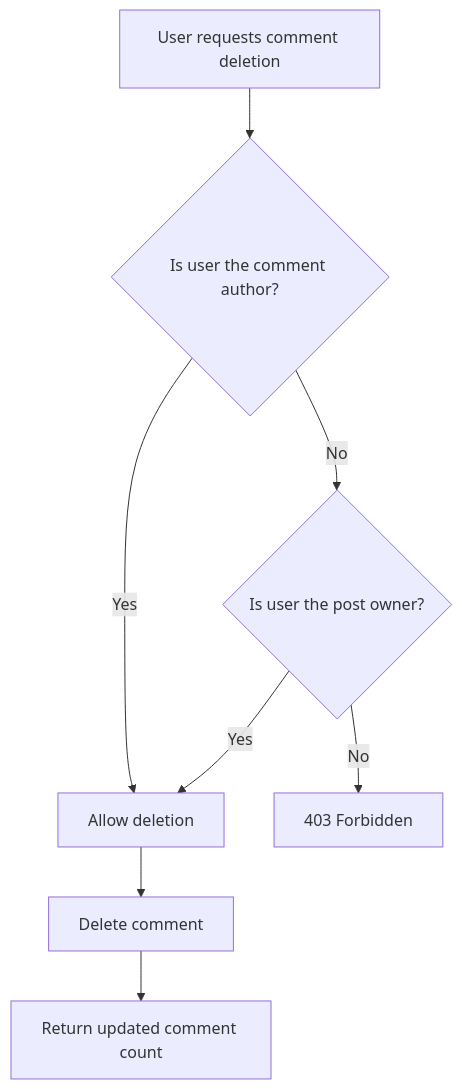
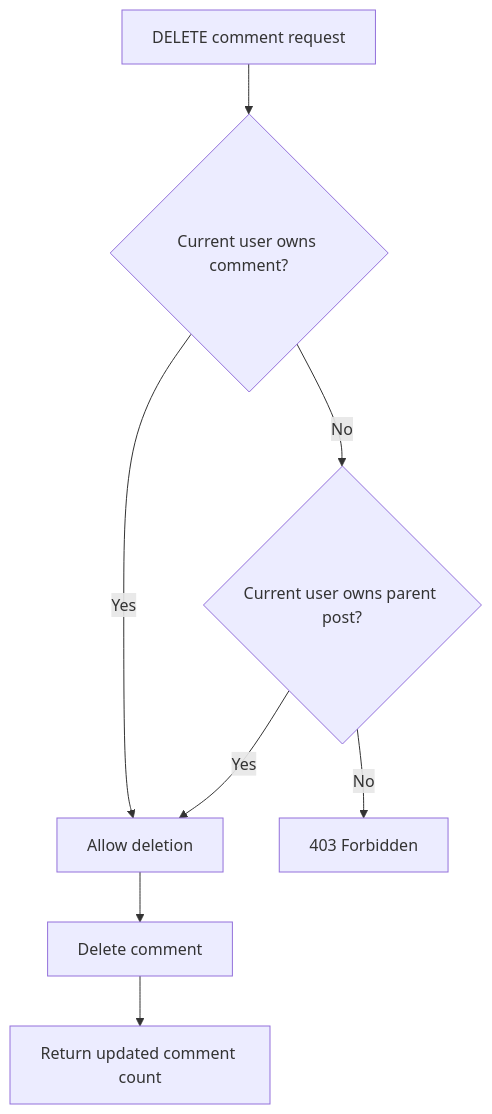
Before and after one commit to Paradox-Work/Poet-Web: the third of 4 diagrams in docs/post-moderation-flow.md, drawn with Mermaid. The commit also changed other lines of this file and 2 other files, not shown here.

First line of the commit message:
docs: update post feed and moderation flows

````diff
--- a/docs/post-moderation-flow.md
+++ b/docs/post-moderation-flow.md
@@ -163,16 +190,10 @@
 ```mermaid
 flowchart TD
-
-    A[User requests comment deletion]
-    --> B{Is user the comment author?}
-
-    B -->|Yes| E[Allow deletion]
-
-    B -->|No| C{Is user the post owner?}
-
-    C -->|Yes| E
-    C -->|No| F[403 Forbidden]
-
+    A[DELETE comment request] --> B{Current user owns comment?}
+    B -- Yes --> E[Allow deletion]
+    B -- No --> C{Current user owns parent post?}
+    C -- Yes --> E
+    C -- No --> F[403 Forbidden]
     E --> G[Delete comment]
     G --> H[Return updated comment count]
 ```
````
